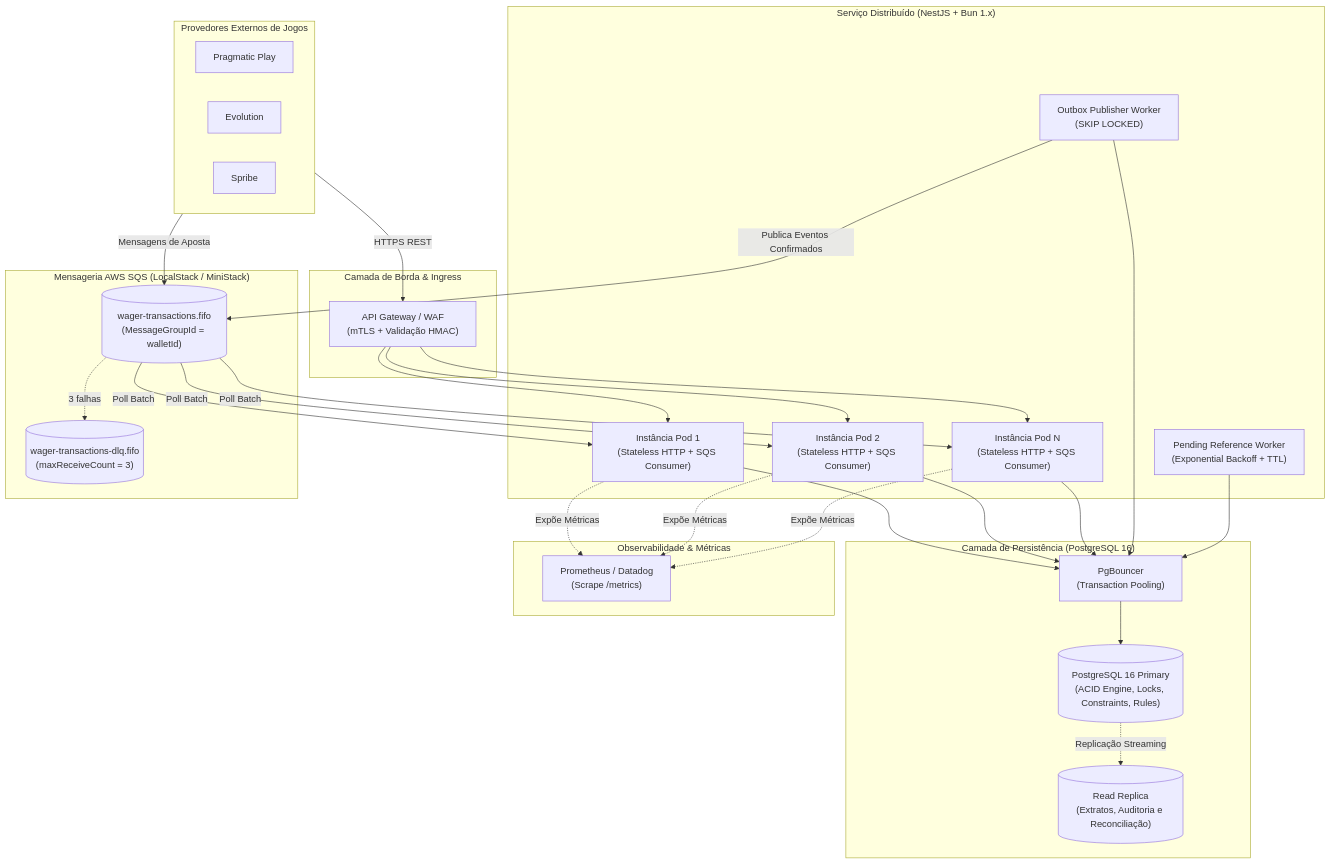
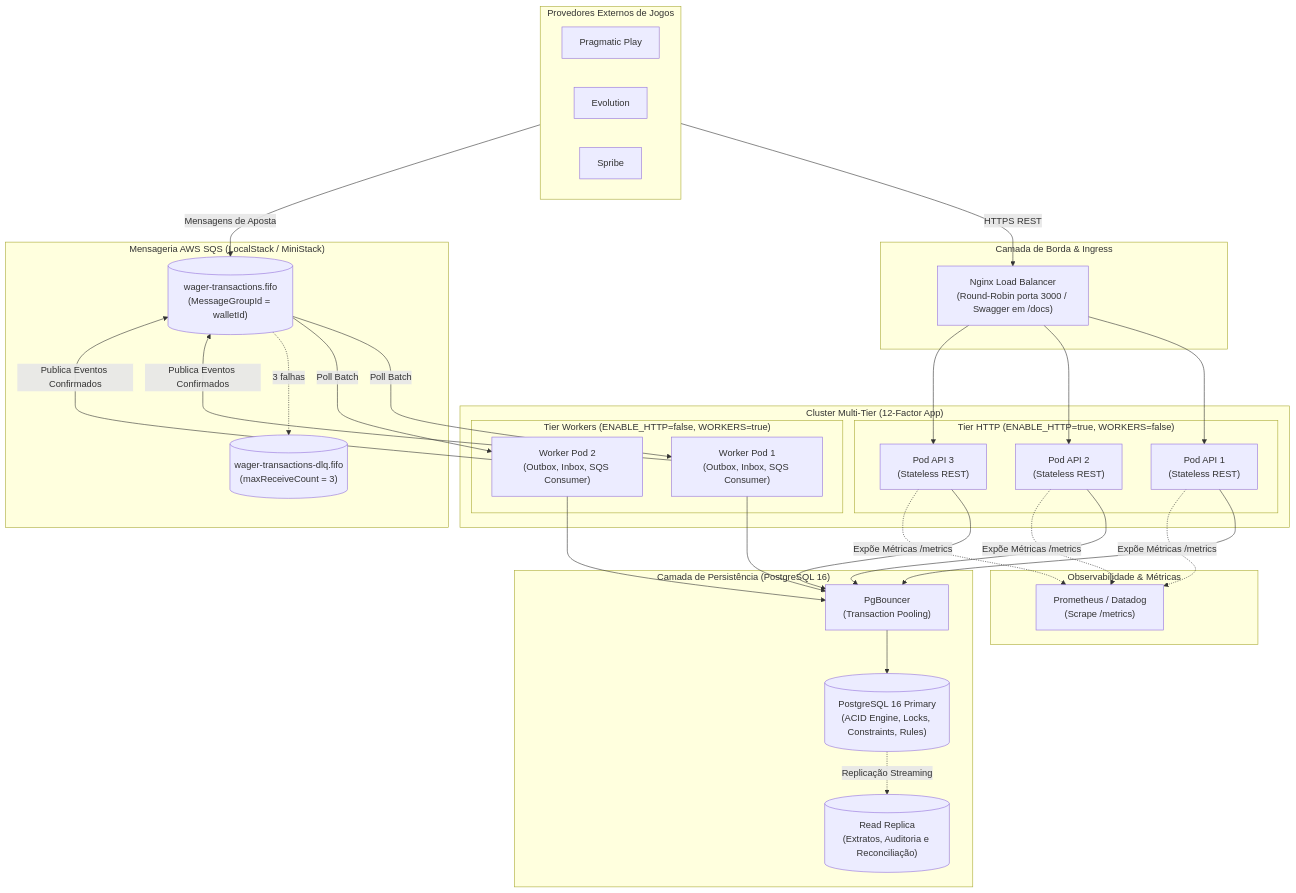
The first of 5 diagrams in docs/SYSTEM_DESIGN.md (LuizPiresS/distributed-wagering-processor), drawn with Mermaid before and after one commit. The commit also changed other lines of this file, not shown here.

Commit message:
docs(system-design): update architecture specification with double-entry ledger, benchmarks, and chaos defense

````diff
--- a/docs/SYSTEM_DESIGN.md
+++ b/docs/SYSTEM_DESIGN.md
@@ -48,51 +49,55 @@
 ```mermaid
 flowchart TB
     subgraph External["Provedores Externos de Jogos"]
         P1["Pragmatic Play"]
         P2["Evolution"]
         P3["Spribe"]
     end
 
     subgraph Edge["Camada de Borda & Ingress"]
-        GW["API Gateway / WAF\n(mTLS + Validação HMAC)"]
+        GW["Nginx Load Balancer\n(Round-Robin porta 3000 / Swagger em /docs)"]
     end
 
-    subgraph Service["Serviço Distribuído (NestJS + Bun 1.x)"]
-        API1["Instância Pod 1\n(Stateless HTTP + SQS Consumer)"]
-        API2["Instância Pod 2\n(Stateless HTTP + SQS Consumer)"]
-        API3["Instância Pod N\n(Stateless HTTP + SQS Consumer)"]
+    subgraph Service["Cluster Multi-Tier (12-Factor App)"]
+        subgraph HttpTier["Tier HTTP (ENABLE_HTTP=true, WORKERS=false)"]
+            API1["Pod API 1\n(Stateless REST)"]
+            API2["Pod API 2\n(Stateless REST)"]
+            API3["Pod API 3\n(Stateless REST)"]
+        end
 
-        W_Outbox["Outbox Publisher Worker\n(SKIP LOCKED)"]
-        W_Pending["Pending Reference Worker\n(Exponential Backoff + TTL)"]
+        subgraph WorkerTier["Tier Workers (ENABLE_HTTP=false, WORKERS=true)"]
+            W1["Worker Pod 1\n(Outbox, Inbox, SQS Consumer)"]
+            W2["Worker Pod 2\n(Outbox, Inbox, SQS Consumer)"]
+        end
     end
 
     subgraph Broker["Mensageria AWS SQS (LocalStack / MiniStack)"]
         SQS_FIFO[("wager-transactions.fifo\n(MessageGroupId = walletId)")]
         SQS_DLQ[("wager-transactions-dlq.fifo\n(maxReceiveCount = 3)")]
     end
 
     subgraph Persistence["Camada de Persistência (PostgreSQL 16)"]
         PG_POOL["PgBouncer\n(Transaction Pooling)"]
         PG_PRIMARY[("PostgreSQL 16 Primary\n(ACID Engine, Locks, Constraints, Rules)")]
         PG_REPLICA[("Read Replica\n(Extratos, Auditoria e Reconciliação)")]
     end
 
     subgraph Telemetry["Observabilidade & Métricas"]
         PROM["Prometheus / Datadog\n(Scrape /metrics)"]
     end
 
     External -->|HTTPS REST| GW
     External -->|Mensagens de Aposta| SQS_FIFO
     GW --> API1 & API2 & API3
 
-    SQS_FIFO -->|Poll Batch| API1 & API2 & API3
+    SQS_FIFO -->|Poll Batch| W1 & W2
     SQS_FIFO -.->|3 falhas| SQS_DLQ
 
     API1 & API2 & API3 --> PG_POOL
-    W_Outbox & W_Pending --> PG_POOL
+    W1 & W2 --> PG_POOL
     PG_POOL --> PG_PRIMARY
     PG_PRIMARY -.->|Replicação Streaming| PG_REPLICA
 
-    W_Outbox -->|Publica Eventos Confirmados| SQS_FIFO
-    API1 & API2 & API3 -.->|Expõe Métricas| PROM
+    W1 & W2 -->|Publica Eventos Confirmados| SQS_FIFO
+    API1 & API2 & API3 -.->|Expõe Métricas /metrics| PROM
 ```
````
